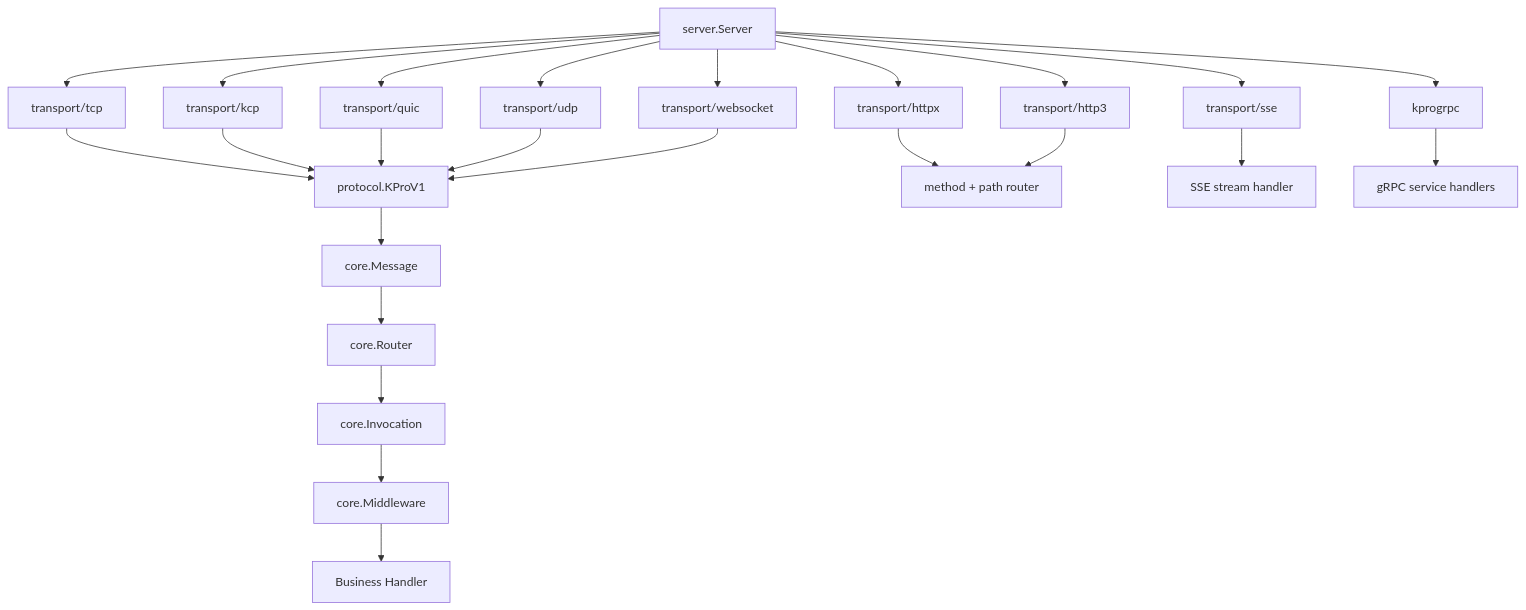
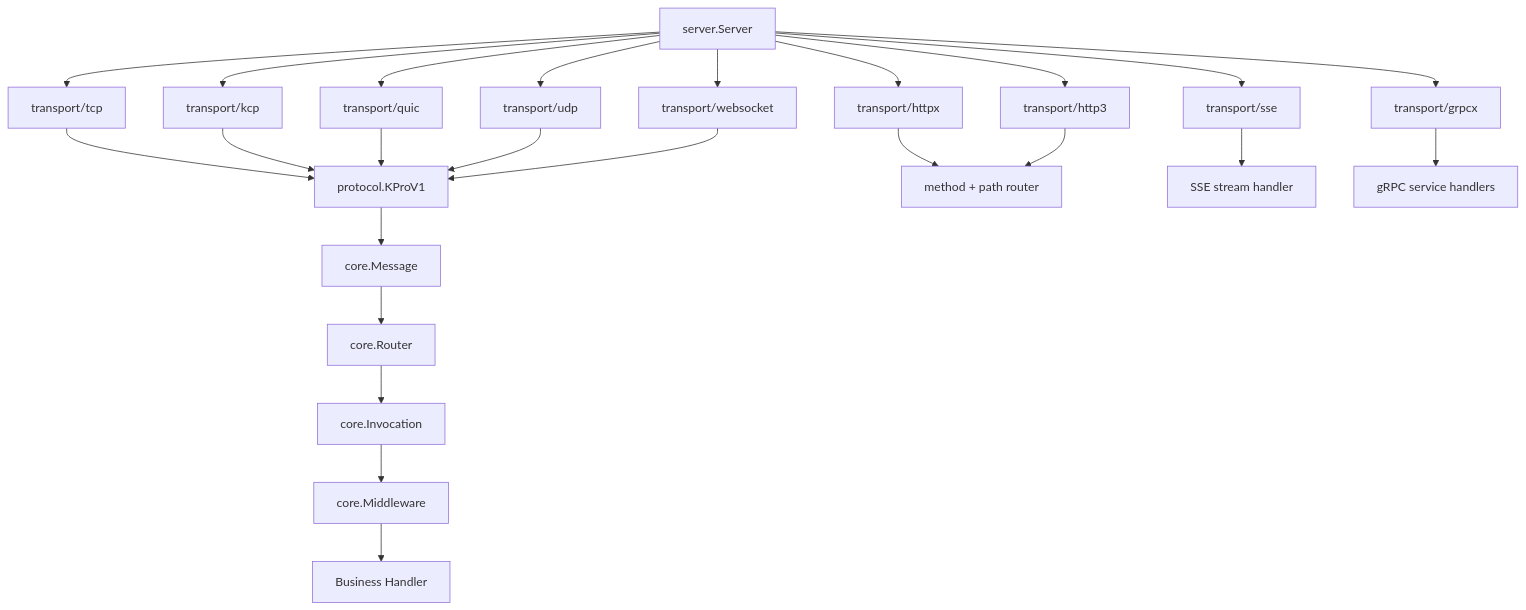
The first of 3 diagrams in README.md (saramand9/kpro), drawn with Mermaid before and after one commit. The commit also changed other lines of this file and 32 other files, not shown here.

````diff
--- a/README.md
+++ b/README.md
@@ -37,29 +38,29 @@
 ```mermaid
 flowchart TD
     App[server.Server] --> TCP[transport/tcp]
     App --> KCP[transport/kcp]
     App --> QUIC[transport/quic]
     App --> UDP[transport/udp]
     App --> WS[transport/websocket]
     App --> HTTP[transport/httpx]
     App --> HTTP3[transport/http3]
     App --> SSE[transport/sse]
-    App --> GRPC[kprogrpc]
+    App --> GRPC[transport/grpcx]
 
     TCP --> Protocol[protocol.KProV1]
     KCP --> Protocol
     QUIC --> Protocol
     UDP --> Protocol
     WS --> Protocol
 
     Protocol --> Message[core.Message]
     Message --> Router[core.Router]
     Router --> Invocation[core.Invocation]
     Invocation --> Middleware[core.Middleware]
     Middleware --> Handler[Business Handler]
 
     HTTP --> HTTPRouter[method + path router]
     HTTP3 --> HTTPRouter
     SSE --> SSEHandler[SSE stream handler]
     GRPC --> GRPCService[gRPC service handlers]
 ```
````
